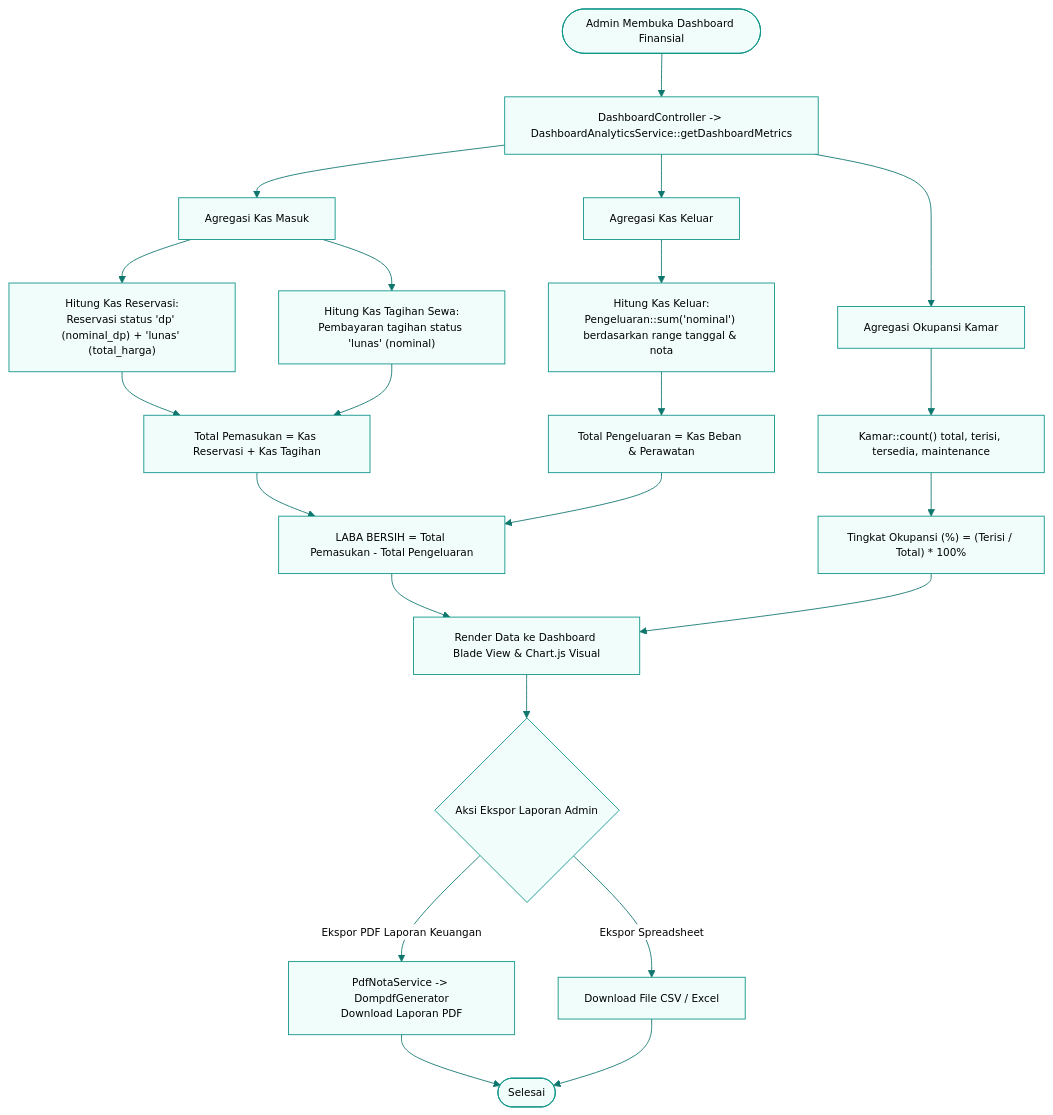
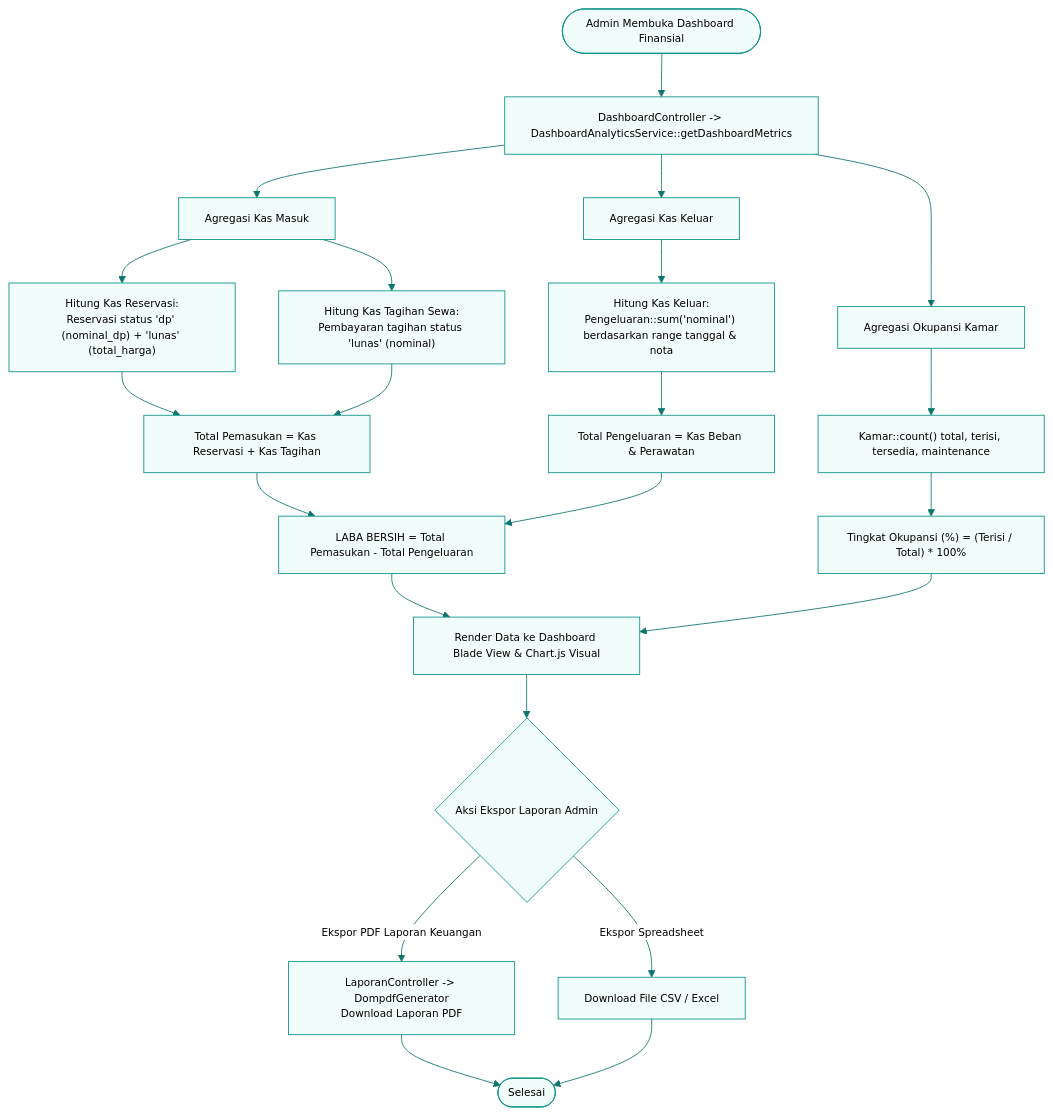
Before and after one commit to rafifarsyapradiva/asri-boarding-house: the diagram in Blueprint/class/class_alur_integrasi_arus_kas.mmd, drawn with Mermaid. The commit also changed 28 other files, not shown here.

Commit message:
docs(class-diagram): finalisasi arsitektur objek, integrasi 21 model, eliminasi ghost classes & kompilasi 19 citra visual (v240.0)

```diff
--- a/Blueprint/class/class_alur_integrasi_arus_kas.mmd
+++ b/Blueprint/class/class_alur_integrasi_arus_kas.mmd
@@ -1,44 +1,44 @@
 %%{init: {
   'theme': 'base',
   'themeVariables': {
     'primaryColor': '#F0FDFA',
     'primaryTextColor': '#000000',
     'primaryBorderColor': '#0D9488',
     'lineColor': '#0F766E',
     'secondaryColor': '#CCFBF1',
     'tertiaryColor': '#FFFFFF',
     'edgeLabelBackground': '#FFFFFF',
     'fontSize': '12px',
     'fontFamily': 'Inter, system-ui, sans-serif'
   }
 }}%%
 flowchart TD
     Start([Admin Membuka Dashboard Finansial]) --> RequestAnalytics[DashboardController -> DashboardAnalyticsService::getDashboardMetrics]
     
     RequestAnalytics --> AggregateCashIn[Agregasi Kas Masuk]
     RequestAnalytics --> AggregateCashOut[Agregasi Kas Keluar]
     RequestAnalytics --> AggregateOccupancy[Agregasi Okupansi Kamar]
     
     AggregateCashIn --> SumReservasi["Hitung Kas Reservasi:<br>Reservasi status 'dp' (nominal_dp) + 'lunas' (total_harga)"]
     AggregateCashIn --> SumTagihan["Hitung Kas Tagihan Sewa:<br>Pembayaran tagihan status 'lunas' (nominal)"]
     SumReservasi --> TotalPemasukan["Total Pemasukan = Kas Reservasi + Kas Tagihan"]
     SumTagihan --> TotalPemasukan
     
     AggregateCashOut --> SumExpenses["Hitung Kas Keluar:<br>Pengeluaran::sum('nominal') berdasarkan range tanggal & nota"]
     SumExpenses --> TotalPengeluaran["Total Pengeluaran = Kas Beban & Perawatan"]
     
     AggregateOccupancy --> CountRooms["Kamar::count() total, terisi, tersedia, maintenance"]
     CountRooms --> CalcOccupancyRate["Tingkat Okupansi (%) = (Terisi / Total) * 100%"]
     
     TotalPemasukan --> CalcProfit["LABA BERSIH = Total Pemasukan - Total Pengeluaran"]
     TotalPengeluaran --> CalcProfit
     
     CalcProfit --> RenderView[Render Data ke Dashboard Blade View & Chart.js Visual]
     CalcOccupancyRate --> RenderView
     
     RenderView --> ExportAction{Aksi Ekspor Laporan Admin}
-    ExportAction -->|Ekspor PDF Laporan Keuangan| GeneratePdfLaporan[PdfNotaService -> DompdfGenerator<br>Download Laporan PDF]
+    ExportAction -->|Ekspor PDF Laporan Keuangan| GeneratePdfLaporan[LaporanController -> DompdfGenerator<br>Download Laporan PDF]
     ExportAction -->|Ekspor Spreadsheet| GenerateExcel[Download File CSV / Excel]
     
     GeneratePdfLaporan --> End([Selesai])
     GenerateExcel --> End
```
